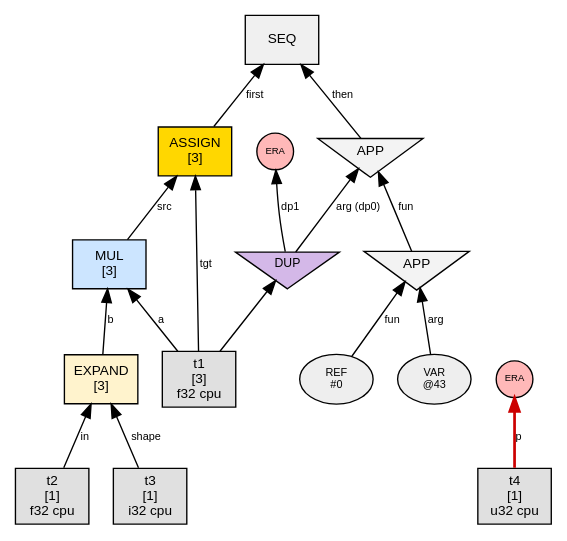
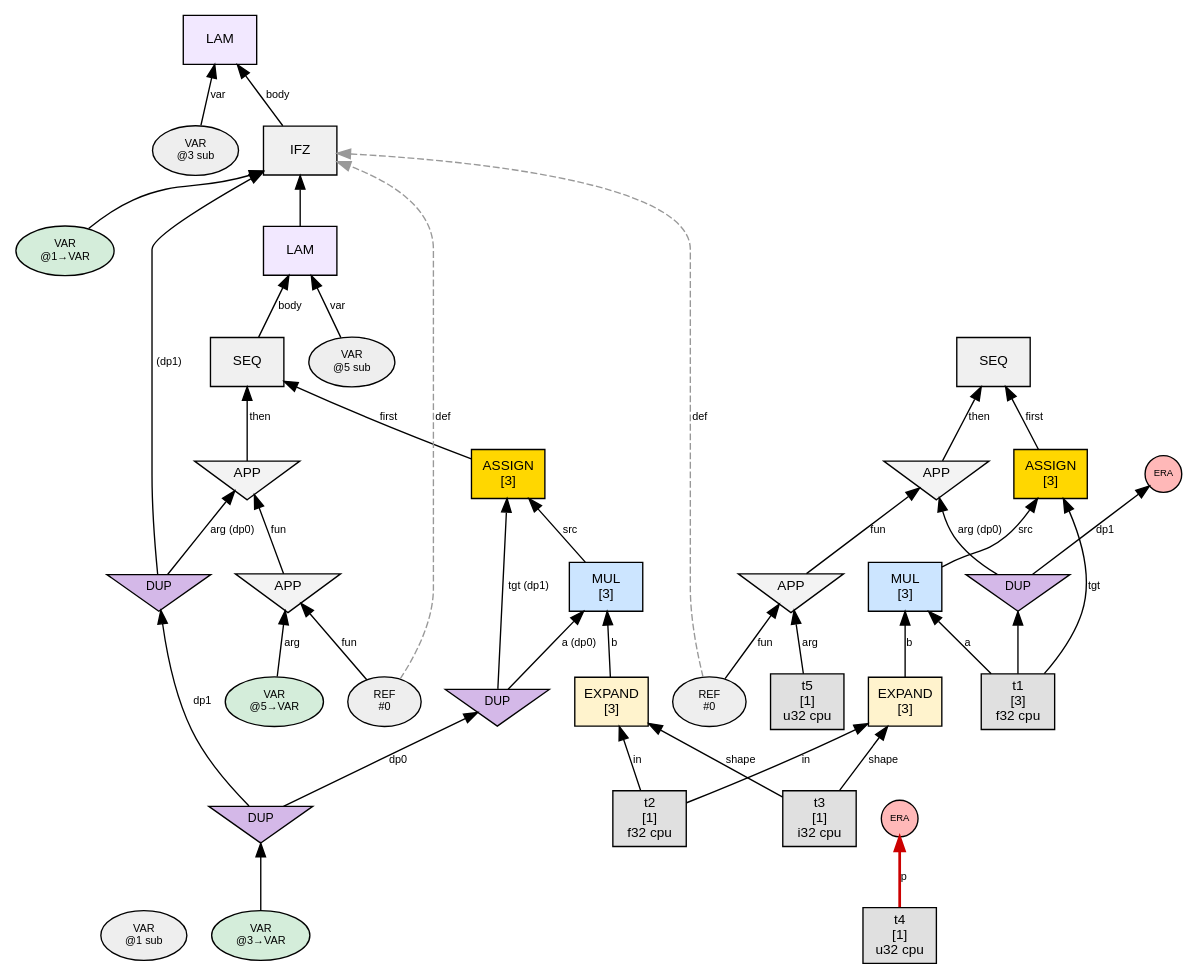
Before and after one commit to sw1sh/TinyHVM: the diagram in phase1_graphs/loop_assign_simple/n2_steps/step_009_interact_DP1.dot, drawn with Graphviz. The commit also changed 101 other files, not shown here.

First line of the commit message:
fix: show definition body + resolved VARs in step graphs

```diff
--- a/phase1_graphs/loop_assign_simple/n2_steps/step_009_interact_DP1.dot
+++ b/phase1_graphs/loop_assign_simple/n2_steps/step_009_interact_DP1.dot
@@ -1,38 +1,81 @@
 digraph G {
   // PREV_INTERACTION: interact_DP1
   // NEXT_INTERACTION: interact_era_on_TEN
   rankdir=BT;
   node [fontname="Helvetica", fontsize=10, style=filled, shape=box, margin="0.1,0.05"];
   edge [fontsize=8, fontname="Helvetica"];
 
+  var1 [label="VAR\n@1 sub", shape=oval, fillcolor="#eeeeee", fontsize=8];
+  n3 [label="LAM", shape=box, fillcolor="#f2e8ff"];
+  var3 [label="VAR\n@3 sub", shape=oval, fillcolor="#eeeeee", fontsize=8];
+  var3 -> n3 [label="var"];
+  n26 -> n3 [label="body"];
+  n26 [label="IFZ", shape=box, fillcolor="#f0f0f0"];
+  var26 [label="VAR\n@1→VAR", shape=oval, fillcolor="#d4edda", fontsize=8];
+  var26 -> n26 [label=""];
+  dup9 [label="DUP", shape=invtriangle, fillcolor="#d4b8e8", fontsize=9, width=0.7, height=0.5];
+  dup7 -> dup9 [label="dp1"];
+  dup7 [label="DUP", shape=invtriangle, fillcolor="#d4b8e8", fontsize=9, width=0.7, height=0.5];
+  var7 [label="VAR\n@3→VAR", shape=oval, fillcolor="#d4edda", fontsize=8];
+  var7 -> dup7;
+  dup9 -> n26 [label=" (dp1)"];
+  n5 -> n26 [label=""];
+  var5 [label="VAR\n@5 sub", shape=oval, fillcolor="#eeeeee", fontsize=8];
+  n24 [label="SEQ", shape=box, fillcolor="#f0f0f0"];
+  n18 -> n24 [label="first"];
+  n22 -> n24 [label="then"];
+  n10 [label="EXPAND\n[3]", shape=box, fillcolor="#fff3cd"];
+  t2 [label="t2\n[1]\nf32 cpu",shape=box,fillcolor="#e0e0e0"];
+  t2 -> n10 [label="in"];
+  t3 [label="t3\n[1]\ni32 cpu",shape=box,fillcolor="#e0e0e0"];
+  t3 -> n10 [label="shape"];
+  n14 [label="MUL\n[3]", shape=box, fillcolor="#cce5ff"];
+  dup8 [label="DUP", shape=invtriangle, fillcolor="#d4b8e8", fontsize=9, width=0.7, height=0.5];
+  dup7 -> dup8 [label="dp0"];
+  dup8 -> n14 [label="a (dp0)"];
+  n10 -> n14 [label="b"];
+  ref20 [label="REF\n#0", shape=oval, fillcolor="#eeeeee", fontsize=8];
+  ref20 -> n26 [style=dashed, color="#999999", label="def"];
+  n20 [label="APP", shape=invtriangle, fillcolor="#f3f3f3"];
+  ref20 -> n20 [label="fun"];
+  var21 [label="VAR\n@5→VAR", shape=oval, fillcolor="#d4edda", fontsize=8];
+  var21 -> n20 [label="arg"];
+  n18 [label="ASSIGN\n[3]", shape=box, fillcolor="#ffd700"];
+  dup8 -> n18 [label="tgt (dp1)"];
+  n14 -> n18 [label="src"];
+  n22 [label="APP", shape=invtriangle, fillcolor="#f3f3f3"];
+  n20 -> n22 [label="fun"];
+  dup9 -> n22 [label="arg (dp0)"];
+  n5 [label="LAM", shape=box, fillcolor="#f2e8ff"];
+  var5 -> n5 [label="var"];
+  n24 -> n5 [label="body"];
   n45 [label="SEQ", shape=box, fillcolor="#f0f0f0"];
   n47 -> n45 [label="first"];
   n54 -> n45 [label="then"];
   n47 [label="ASSIGN\n[3]", shape=box, fillcolor="#ffd700"];
   t1 [label="t1\n[3]\nf32 cpu",shape=box,fillcolor="#e0e0e0"];
   t1 -> n47 [label="tgt"];
   n50 -> n47 [label="src"];
   n54 [label="APP", shape=invtriangle, fillcolor="#f3f3f3"];
   n56 -> n54 [label="fun"];
   dup41 [label="DUP", shape=invtriangle, fillcolor="#d4b8e8", fontsize=9, width=0.7, height=0.5];
   t1 -> dup41;
   dup41 -> n54 [label="arg (dp0)"];
   n50 [label="MUL\n[3]", shape=box, fillcolor="#cce5ff"];
   t1 -> n50 [label="a"];
   n52 -> n50 [label="b"];
   n52 [label="EXPAND\n[3]", shape=box, fillcolor="#fff3cd"];
-  t2 [label="t2\n[1]\nf32 cpu",shape=box,fillcolor="#e0e0e0"];
   t2 -> n52 [label="in"];
-  t3 [label="t3\n[1]\ni32 cpu",shape=box,fillcolor="#e0e0e0"];
   t3 -> n52 [label="shape"];
   n56 [label="APP", shape=invtriangle, fillcolor="#f3f3f3"];
   ref56 [label="REF\n#0", shape=oval, fillcolor="#eeeeee", fontsize=8];
   ref56 -> n56 [label="fun"];
-  var57 [label="VAR\n@43", shape=oval, fillcolor="#eeeeee", fontsize=8];
-  var57 -> n56 [label="arg"];
+  t5 [label="t5\n[1]\nu32 cpu",shape=box,fillcolor="#e0e0e0"];
+  t5 -> n56 [label="arg"];
+  ref56 -> n26 [style=dashed, color="#999999", label="def"];
   era59 [label="ERA",shape=circle,width=0.38,height=0.38,fixedsize=true,fillcolor="#ffb8b8",fontsize=7];
   t4 [label="t4\n[1]\nu32 cpu",shape=box,fillcolor="#e0e0e0"];
   t4 -> era59 [label="p",color="#cc0000",penwidth=2.0];
   era61 [label="ERA",shape=circle,width=0.38,height=0.38,fixedsize=true,fillcolor="#ffb8b8",fontsize=7];
   dup41 -> era61 [label="dp1"];
 }
```
